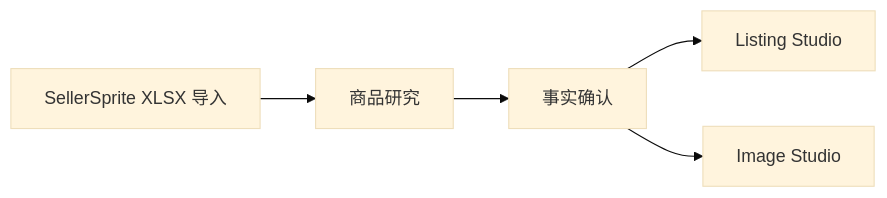
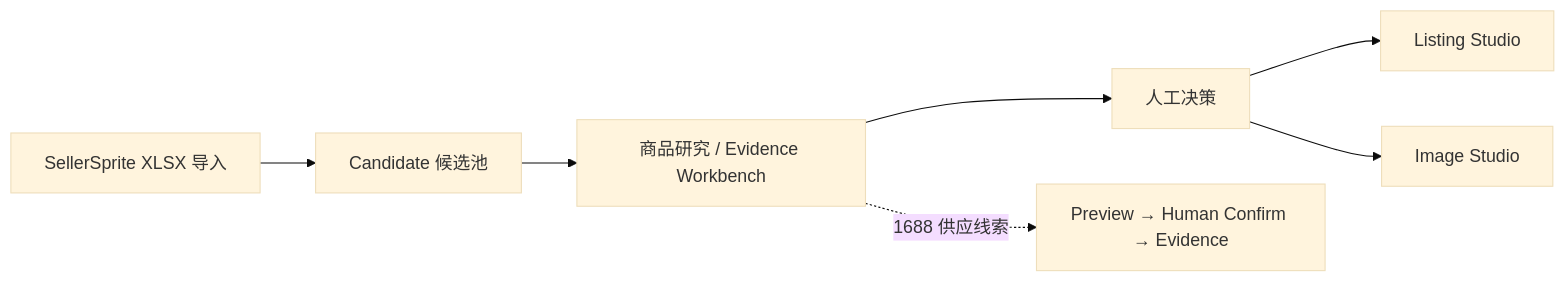
Before and after one commit to a2578348864a-sys/ecommerce-product-ai-optimizer: the diagram in README.md, drawn with Mermaid (base theme). The commit also changed other lines of this file and 1 other file, not shown here.

Commit message:
docs(v3.5): final release report + README update (V3.5 Final local release candidate)

````diff
--- a/README.md
+++ b/README.md
@@ -23,7 +27,9 @@
 ```mermaid
 flowchart LR
-    A[SellerSprite XLSX 导入] --> B[商品研究]
-    B --> C[事实确认]
-    C --> D[Listing Studio]
-    C --> E[Image Studio]
+    A[SellerSprite XLSX 导入] --> B[Candidate 候选池]
+    B --> C[商品研究 / Evidence Workbench]
+    C --> D[人工决策]
+    D --> E[Listing Studio]
+    D --> F[Image Studio]
+    C -. 1688 供应线索 .-> G[Preview → Human Confirm → Evidence]
 ```
````
